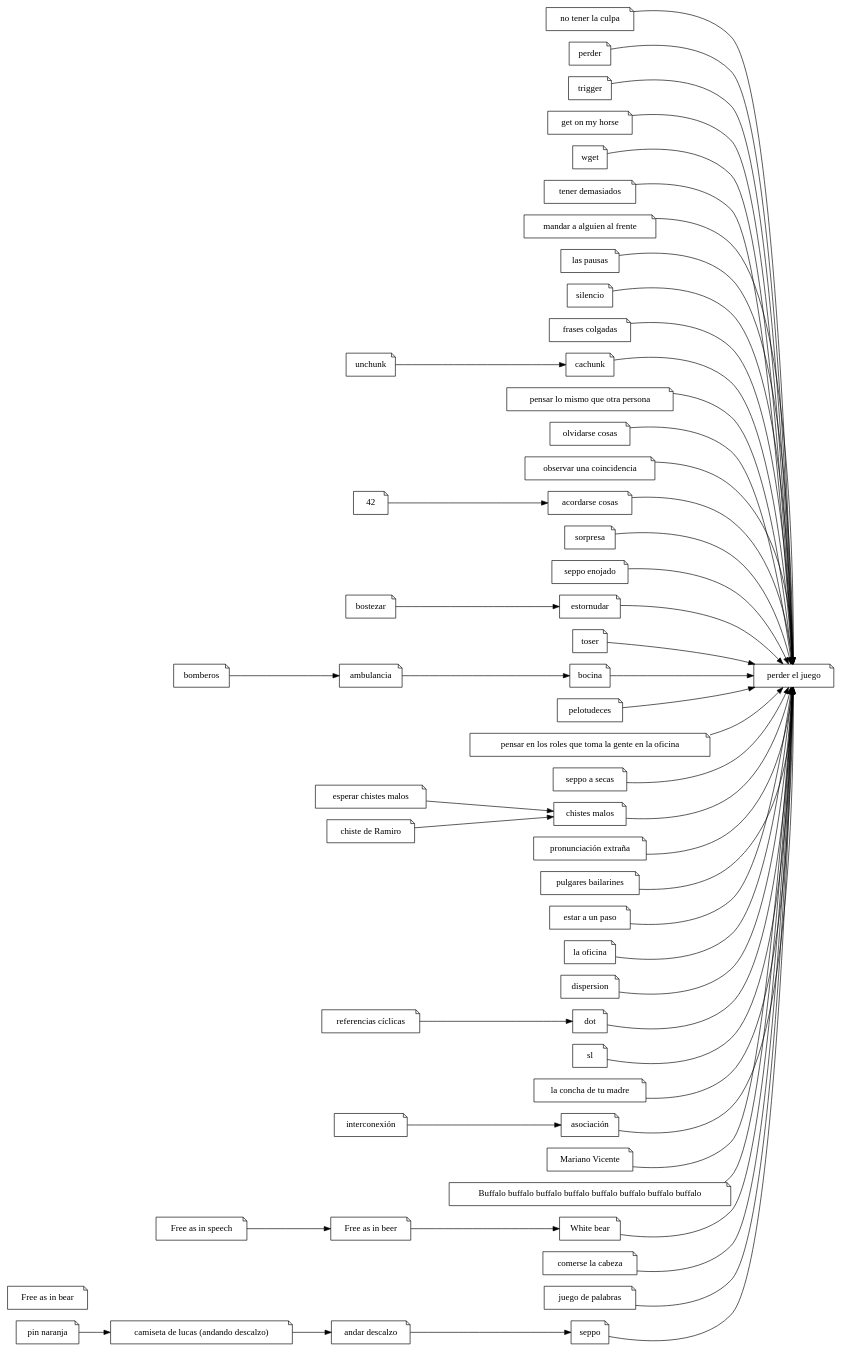
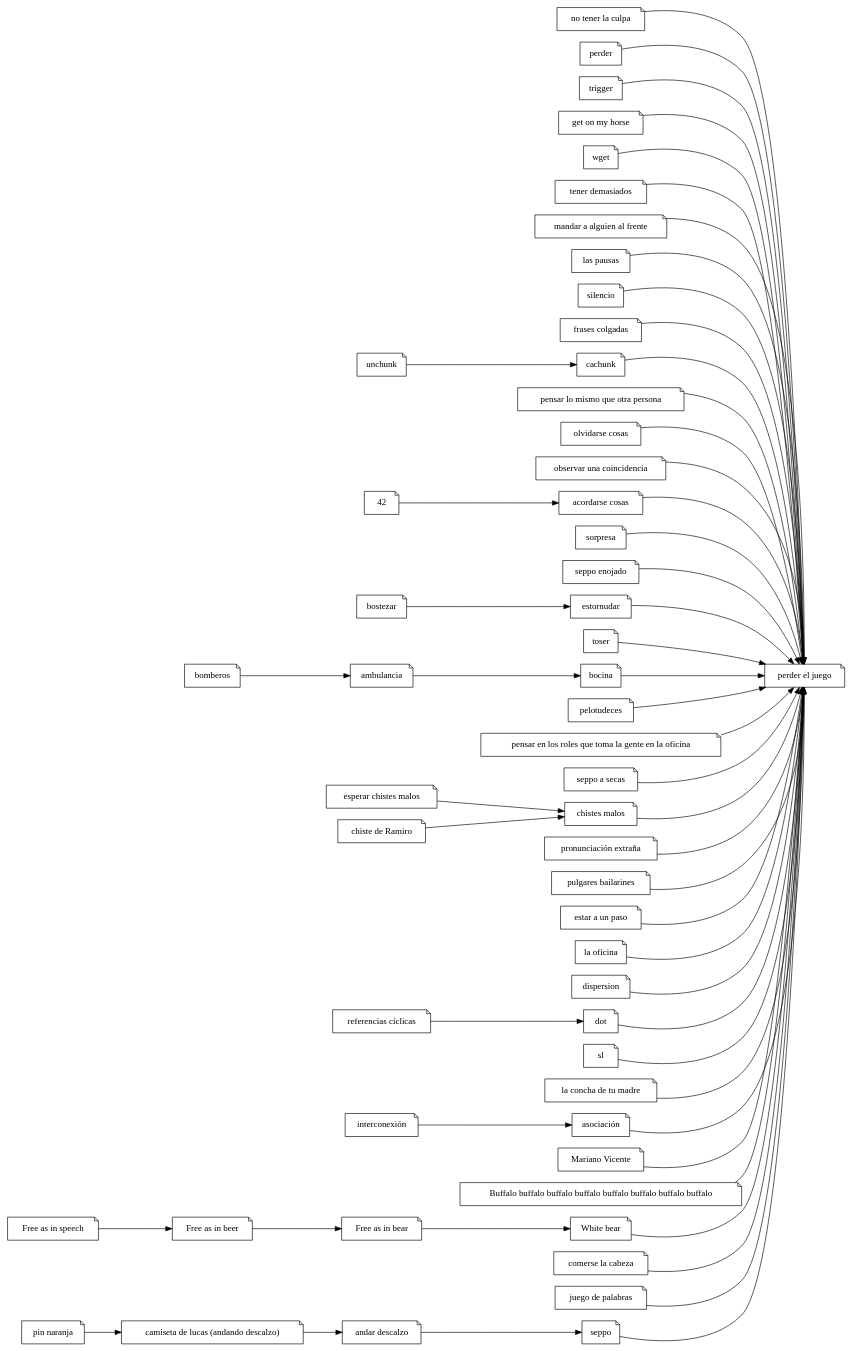
Before and after one commit to ramiror/ilostthegame: the diagram in ilostthegame.dot, drawn with Graphviz. The commit also changed 1 other file, not shown here.

```diff
--- a/ilostthegame.dot
+++ b/ilostthegame.dot
@@ -1,110 +1,110 @@
 digraph
 {
 	rankdir="LR"
 	node [shape="note"]
 
 	pej [label="perder el juego"]
 	"no tener la culpa"
 	"perder"
 	"trigger"
 	"get on my horse"
 	"wget"
 	"tener demasiados"
 	"mandar a alguien al frente"
 	"las pausas"
 	"silencio"
 	"frases colgadas"
 	"cachunk"
 	"pensar lo mismo que otra persona"
 	"olvidarse cosas"
 	"observar una coincidencia"
 	"acordarse cosas"
 	"sorpresa"
 	"seppo enojado"
 	"estornudar"
 	"toser"
 	"bocina"
 	"pelotudeces"
 	roles [label="pensar en los roles que toma la gente en la oficina"]
 	"seppo a secas"
 	"bostezar"
 	"chistes malos"
 	pe [label="pronunciación extraña"]
 	"pulgares bailarines"
 	"estar a un paso"
 	"la oficina"
 	"dispersion"
 	"ambulancia"
 	"esperar chistes malos"
 	"chiste de Ramiro"
 	"unchunk"
 	"andar descalzo"
 	"pin naranja" 
 	dot
 	sl
 	rc [label="referencias cíclicas"]
 	camiseta [label="camiseta de lucas (andando descalzo)"]
 	lcdtm [label="la concha de tu madre"]
 	bomberos
 	int [label="interconexión"]
 	asoc [label="asociación"]
 	mv [label="Mariano Vicente"]
 	buffalo [label="Buffalo buffalo buffalo buffalo buffalo buffalo buffalo buffalo"]
 	fais [label="Free as in speech"]
 	faib [label="Free as in beer"]
 	faibe [label="Free as in bear"]
 	wb [label="White bear"]
 	comecoco [label="comerse la cabeza"]
 	palabras [label="juego de palabras"]
 
 	"perder"                           -> pej
 	"no tener la culpa"                -> pej
 	"trigger"                          -> pej
 	"get on my horse"                  -> pej
 	"wget"                             -> pej
 	"tener demasiados"                 -> pej
 	"mandar a alguien al frente"       -> pej
 	"las pausas"                       -> pej
 	"silencio"                         -> pej
 	"frases colgadas"                  -> pej
 	"cachunk"                          -> pej
 	"pensar lo mismo que otra persona" -> pej
 	"olvidarse cosas"                  -> pej
 	"observar una coincidencia"        -> pej
 	"acordarse cosas"                  -> pej
 	"sorpresa"                         -> pej
 	"seppo enojado"                    -> pej
 	"estornudar"                       -> pej
 	"toser"                            -> pej
 	"bocina"                           -> pej
 	"pelotudeces"                      -> pej
 	roles -> pej
 	"seppo a secas"                    -> pej
 	"chistes malos"                    -> pej
 	pe                                 -> pej
 	"pulgares bailarines"              -> pej
 	"estar a un paso"                  -> pej
 	"la oficina"                       -> pej
 	"dispersion"                       -> pej
 	"seppo"                            -> pej
 	lcdtm                              -> pej
 	asoc                               -> pej
 	mv                                 -> pej
 	dot                                -> pej
 	sl                                 -> pej
 	buffalo                            -> pej
 	comecoco                           -> pej
 	palabras                           -> pej
 
 	bomberos -> "ambulancia" -> "bocina"
 	"esperar chistes malos" -> "chistes malos"
 	"chiste de Ramiro" -> "chistes malos"
 	"unchunk" -> "cachunk"
 	"andar descalzo" -> "seppo"
 	"pin naranja" -> camiseta -> "andar descalzo"
 	int -> asoc
 	"bostezar" -> estornudar
 	42 -> "acordarse cosas"
 	rc -> dot
-	fais -> faib -> wb                 -> pej
+	fais -> faib -> faibe -> wb        -> pej
 }
```
